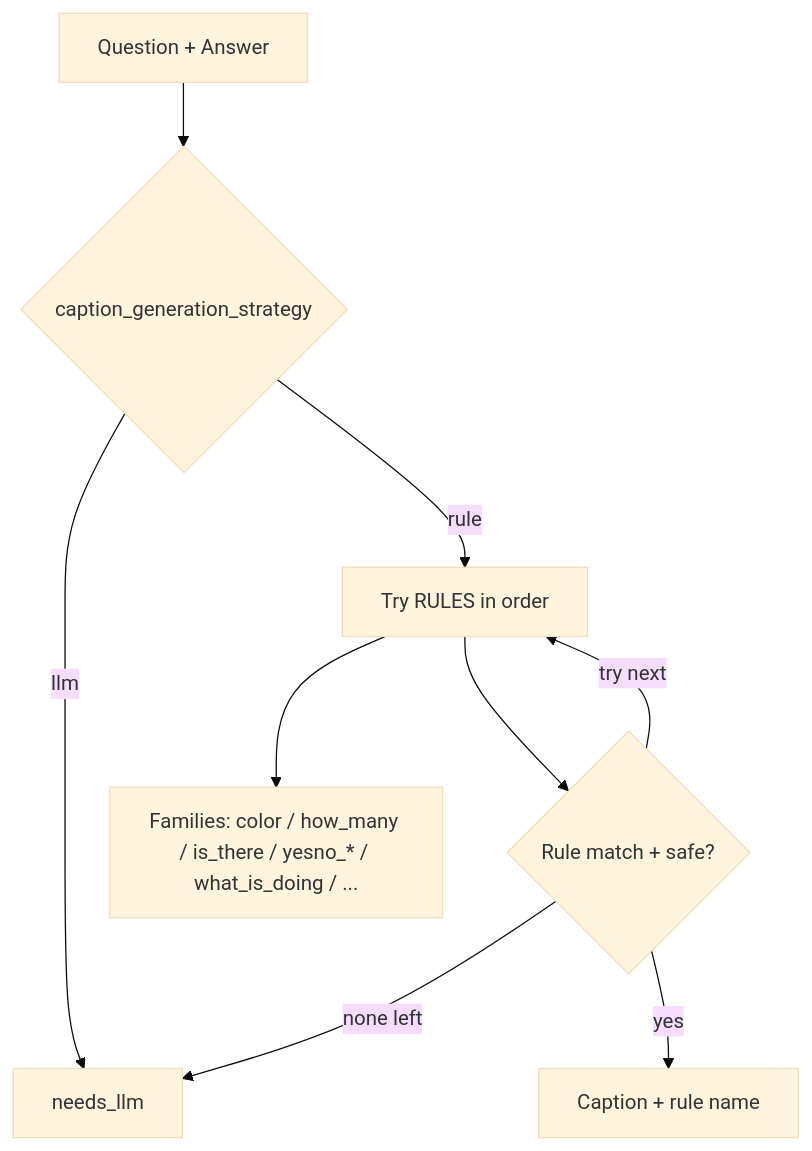
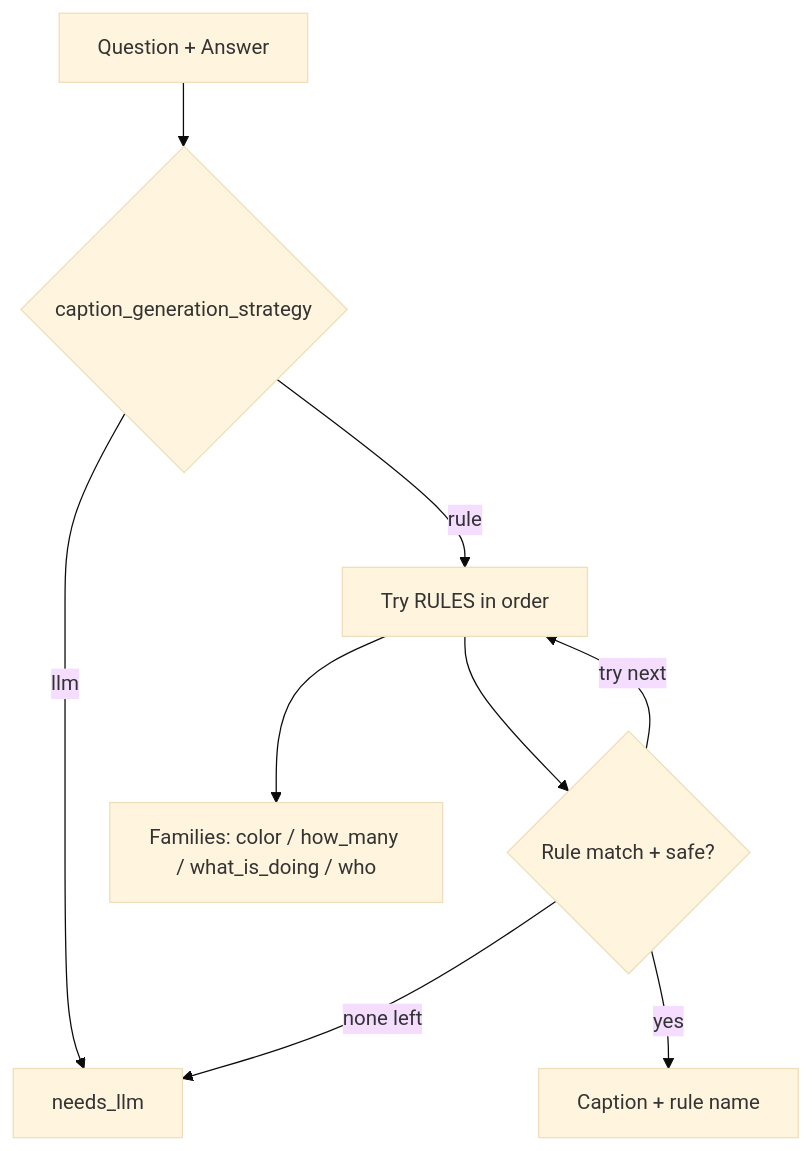
One commit to MahdiRuzmeh/ImageCaptioningImprovedVisualQuestionAnswering changed the fourth of 6 diagrams in QuestionDependentCaptionGenerator/architecture/architecture.en.md. Above: the diagram before and after it, drawn with Mermaid (base theme). The commit also changed other lines of this file and 4 other files, not shown here.

Commit message:
chore: Remove "what_kind_type" and "yesno_is_are_predicate" rules.

````diff
--- a/QuestionDependentCaptionGenerator/architecture/architecture.en.md
+++ b/QuestionDependentCaptionGenerator/architecture/architecture.en.md
@@ -152,11 +152,11 @@
 ```mermaid
 flowchart TD
   q[Question + Answer] --> strat{caption_generation_strategy}
   strat -->|llm| needsLlm[needs_llm]
   strat -->|rule| tryRules[Try RULES in order]
   tryRules --> match{Rule match + safe?}
   match -->|yes| cap[Caption + rule name]
   match -->|try next| tryRules
   match -->|none left| needsLlm
-  tryRules --> families[Families: color / how_many / is_there / yesno_* / what_is_doing / ...]
+  tryRules --> families[Families: color / how_many / what_is_doing / who]
 ```
````
